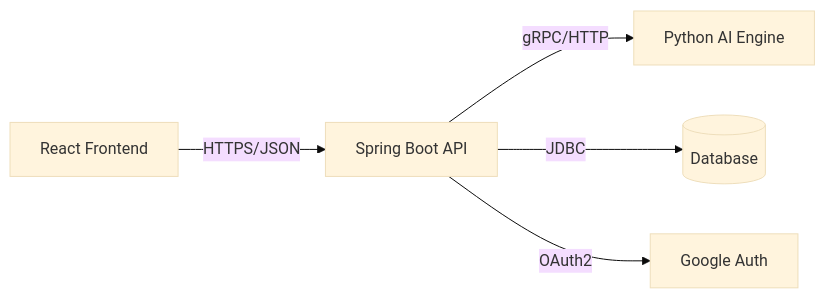
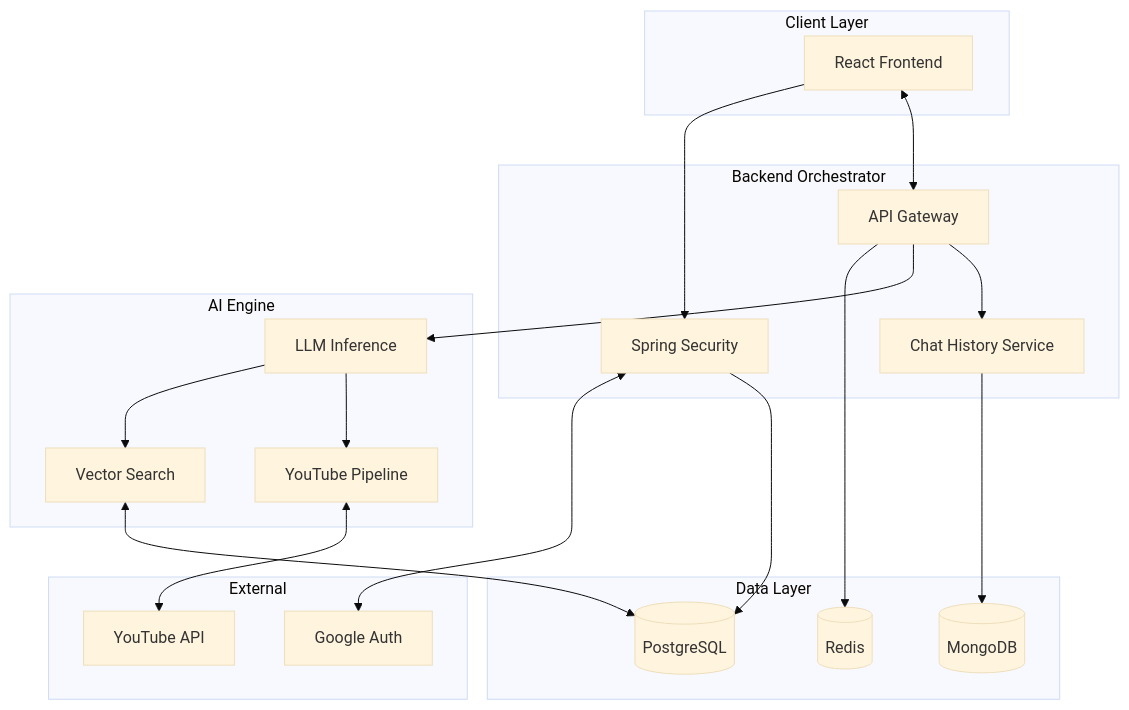
Before and after one commit to gaurav-code098/alethiq: the diagram in README.md, drawn with Mermaid (base theme). The commit also changed other lines of this file, not shown here.

````diff
--- a/README.md
+++ b/README.md
@@ -44,8 +67,45 @@
 ```mermaid
-graph LR
-  Client[React Frontend] -- HTTPS/JSON --> Backend[Spring Boot API]
-  Backend -- gRPC/HTTP --> AI[Python AI Engine]
-  Backend -- JDBC --> DB[(Database)]
-  Backend -- OAuth2 --> Google[Google Auth]
+graph TD
+  subgraph Client ["Client Layer"]
+    UI[React Frontend]
+  end
 
+  subgraph Orchestrator ["Backend Orchestrator"]
+    API[API Gateway]
+    Security[Spring Security]
+    History[Chat History Service]
+  end
+
+  subgraph AI ["AI Engine"]
+    LLM[LLM Inference]
+    RAG[Vector Search]
+    YTP[YouTube Pipeline]
+  end
+
+  subgraph Data ["Data Layer"]
+    Redis[(Redis)]
+    Mongo[(MongoDB)]
+    Postgres[(PostgreSQL)]
+  end
+
+  subgraph External ["External"]
+    Google[Google Auth]
+    YT[YouTube API]
+  end
+
+  UI --> Security
+  Security <--> Google
+  Security --> Postgres
+
+  UI <--> API
+  API --> Redis
+  
+  API --> LLM
+  LLM --> RAG
+  RAG <--> Postgres
+  LLM --> YTP
+  YTP <--> YT
+
+  API --> History
+  History --> Mongo
 ```
````
